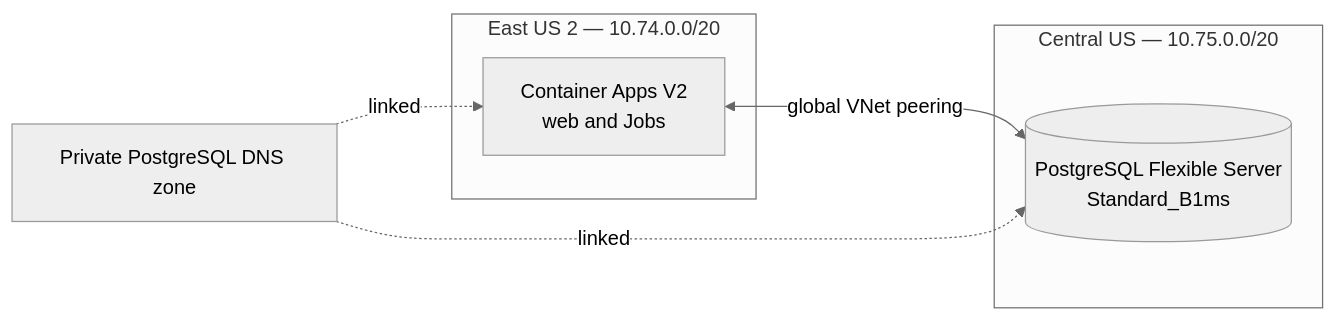
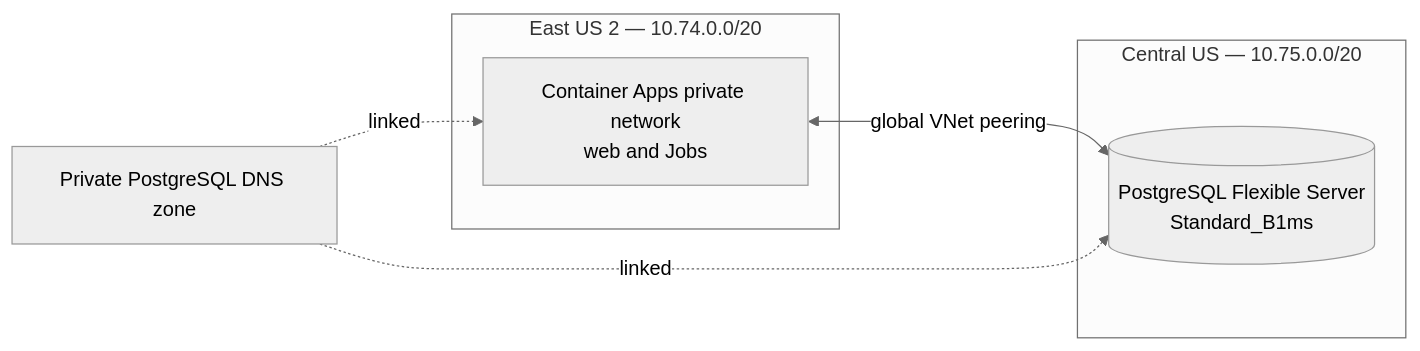
Before and after one commit to anthonyplusAI/twilio-comics: the diagram in docs/AZURE_POSTGRES.md, drawn with Mermaid (neutral theme). The commit also changed other lines of this file and 25 other files, not shown here.

````diff
--- a/docs/AZURE_POSTGRES.md
+++ b/docs/AZURE_POSTGRES.md
@@ -18,12 +18,12 @@
 ```mermaid
 flowchart LR
   subgraph EUS[East US 2 — 10.74.0.0/20]
-    ACA[Container Apps V2<br/>web and Jobs]
+    ACA[Container Apps private network<br/>web and Jobs]
   end
   subgraph CUS[Central US — 10.75.0.0/20]
     PG[(PostgreSQL Flexible Server<br/>Standard_B1ms)]
   end
   ACA <-->|global VNet peering| PG
   DNS[Private PostgreSQL DNS zone] -. linked .-> ACA
   DNS -. linked .-> PG
 ```
````
